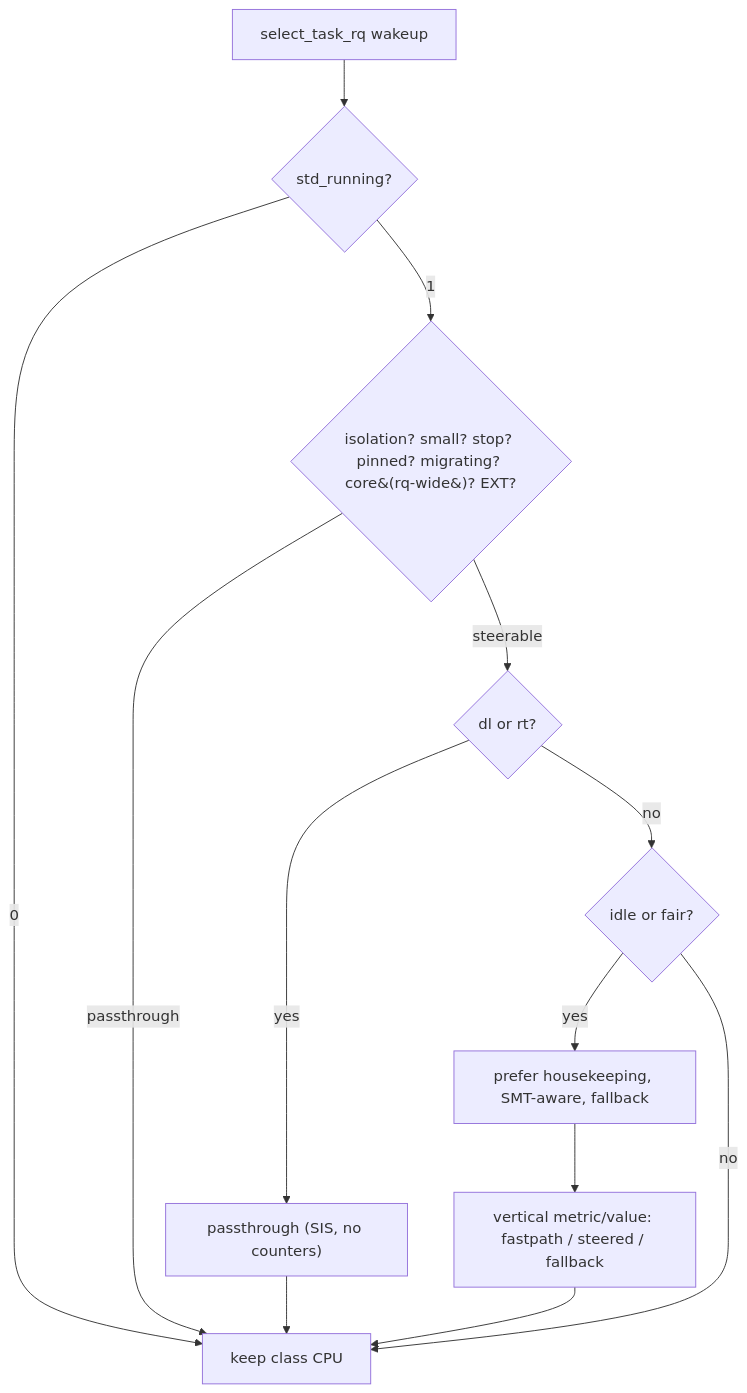
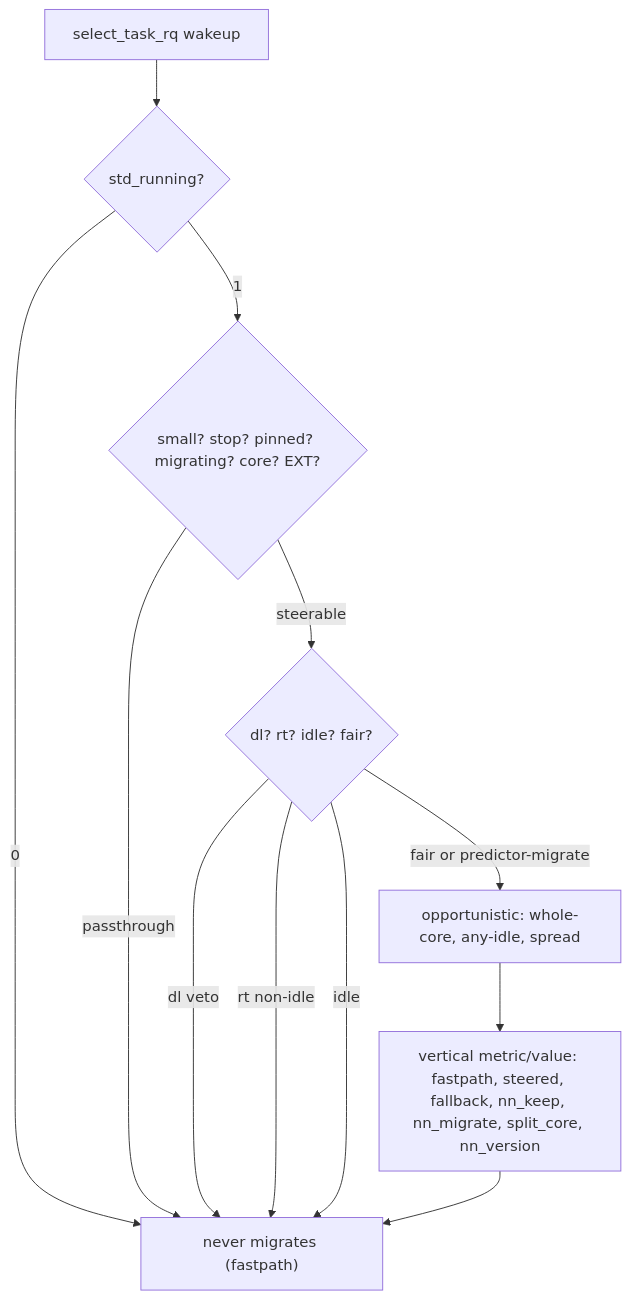
Before and after one commit to galpt/std: the diagram in README.md, drawn with Mermaid. The commit also changed other lines of this file and 12 other files, not shown here.

````diff
--- a/README.md
+++ b/README.md
@@ -81,16 +99,14 @@
 ```mermaid
 flowchart TD
     A["select_task_rq wakeup"] --> B{"std_running?"}
     B -->|0| Z["keep class CPU"]
-    B -->|1| C{"isolation? small? stop? pinned? migrating? core&#40;rq-wide&#41;? EXT?"}
-    %% guards in code order
+    B -->|1| C{"small? stop? pinned? migrating? core? EXT?"}
     C -->|passthrough| Z
-    C -->|steerable| D{"dl or rt?"}
-    D -->|yes| E["passthrough (SIS, no counters)"]
-    D -->|no| F{"idle or fair?"}
-    F -->|yes| G["prefer housekeeping, SMT-aware, fallback"]
-    F -->|no| Z
-    E --> Z
-    G --> H["vertical metric/value: fastpath / steered / fallback"]
+    C -->|steerable| D{"dl? rt? idle? fair?"}
+    D -->|dl veto| Z["keep (fallback)"]
+    D -->|rt non-idle| Z["keep (fallback)"]
+    D -->|idle| Z["never migrates (fastpath)"]
+    D -->|fair or predictor-migrate| G["opportunistic: whole-core, any-idle, spread"]
+    G --> H["vertical metric/value: fastpath, steered, fallback, nn_keep, nn_migrate, split_core, nn_version"]
     H --> Z
 ```
````
